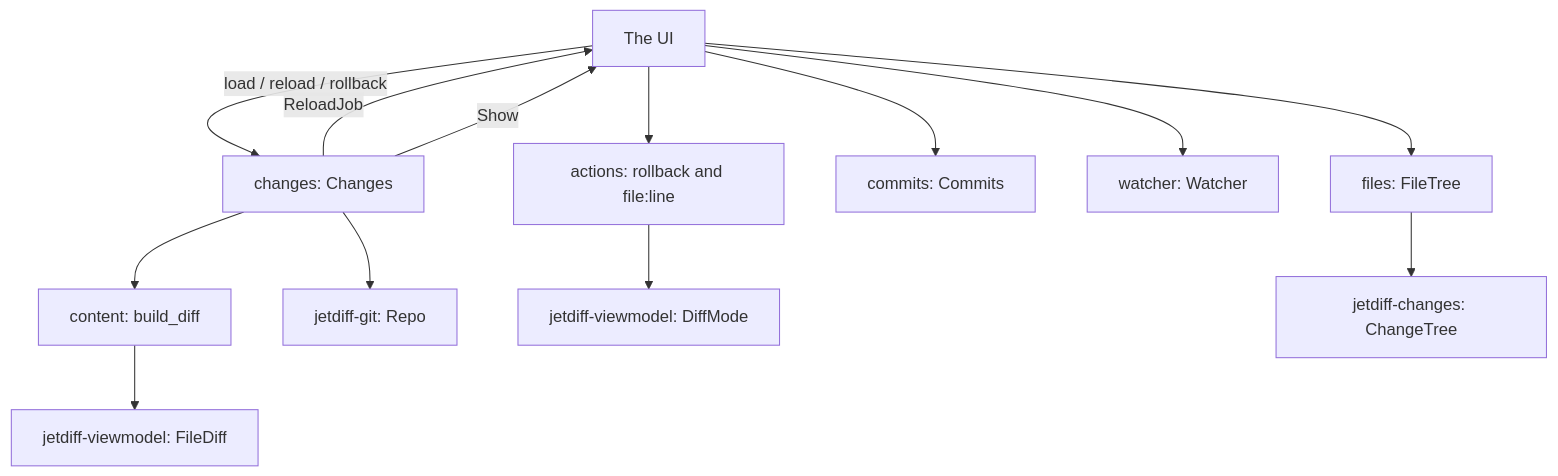
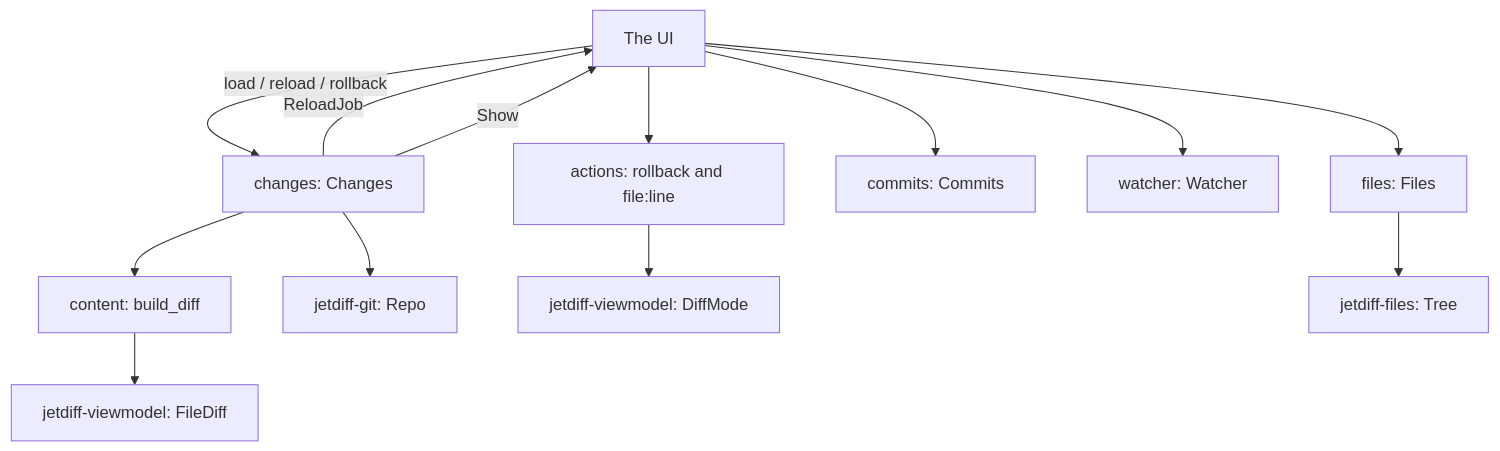
One commit to akemkers/jetdiff changed the diagram in crates/jetdiff-app/README.md. Above: the diagram before and after it, drawn with Mermaid. The commit also changed other lines of this file and 35 other files, not shown here.

````diff
--- a/crates/jetdiff-app/README.md
+++ b/crates/jetdiff-app/README.md
@@ -64,15 +64,15 @@
 ```mermaid
 graph TD
     ui[The UI] -- load / reload / rollback --> changes[changes: Changes]
     changes -- ReloadJob --> ui
     changes -- Show --> ui
     changes --> content[content: build_diff]
     content --> view[jetdiff-viewmodel: FileDiff]
     changes --> git[jetdiff-git: Repo]
-    ui --> files[files: FileTree]
+    ui --> files[files: Files]
     ui --> commits[commits: Commits]
     ui --> watcher[watcher: Watcher]
     ui --> actions[actions: rollback and file:line]
     actions --> mode[jetdiff-viewmodel: DiffMode]
-    files --> tree[jetdiff-changes: ChangeTree]
+    files --> tree[jetdiff-files: Tree]
 ```
````
